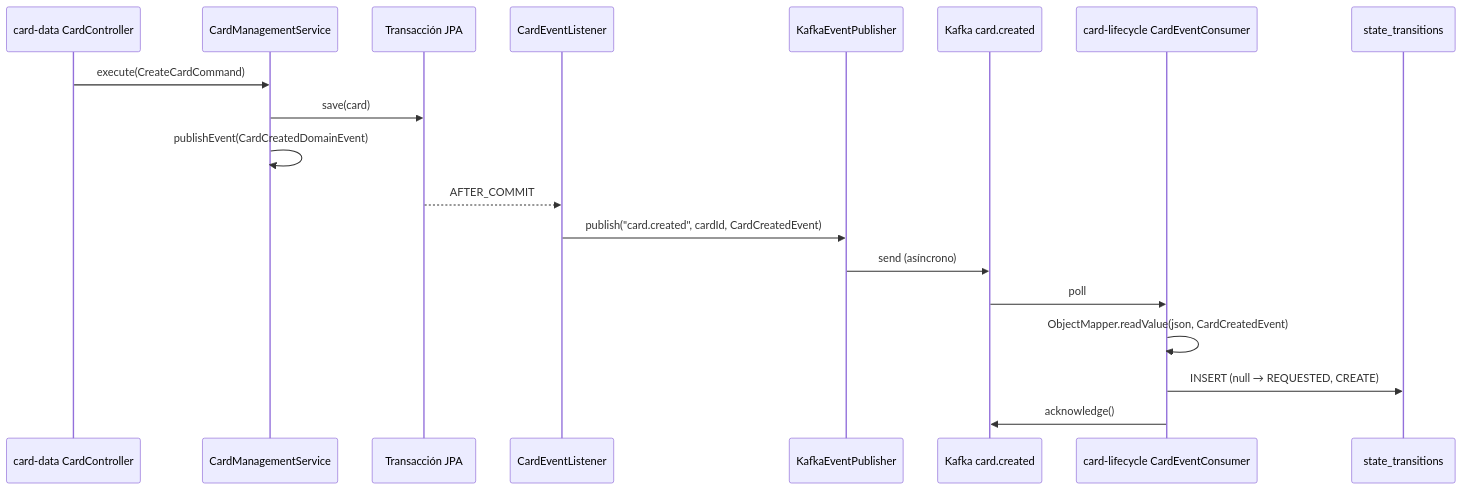
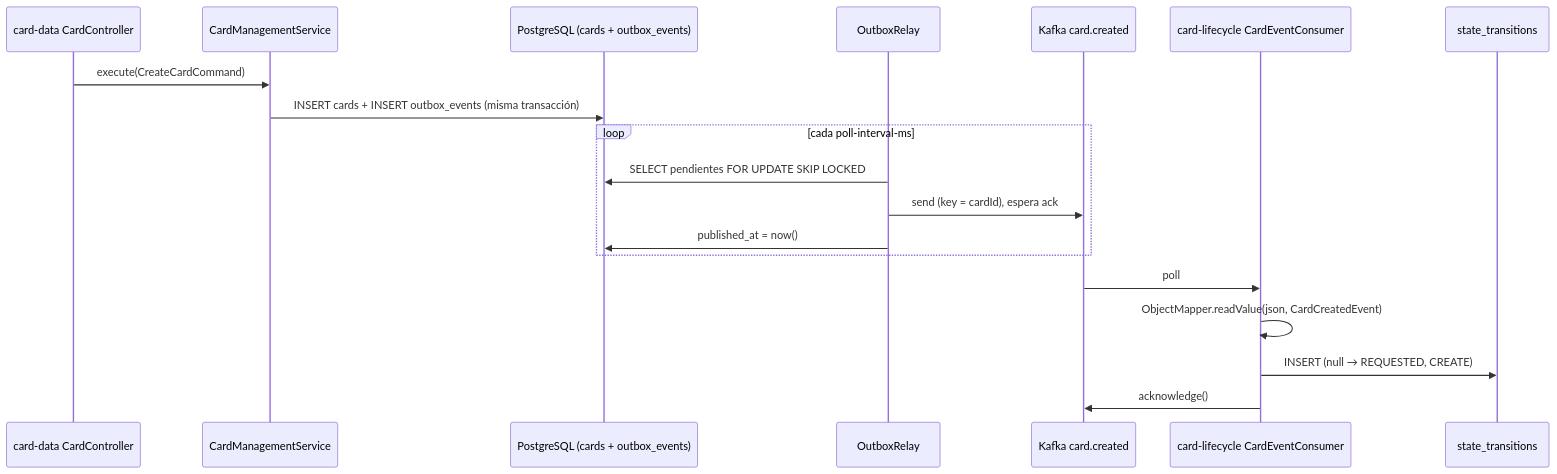
The second of 2 diagrams in docs/technical/EVENTS.md (creditcard-managment/card-managment-service), drawn with Mermaid before and after one commit. The commit also changed other lines of this file and 4 other files, not shown here.

````diff
--- a/docs/technical/EVENTS.md
+++ b/docs/technical/EVENTS.md
@@ -162,22 +162,22 @@
 ```mermaid
 sequenceDiagram
     participant API as card-data CardController
     participant S as CardManagementService
-    participant TX as Transacción JPA
-    participant L as CardEventListener
-    participant P as KafkaEventPublisher
+    participant DB as PostgreSQL (cards + outbox_events)
+    participant O as OutboxRelay
     participant K as Kafka card.created
     participant C as card-lifecycle CardEventConsumer
-    participant DB as state_transitions
+    participant H as state_transitions
 
     API->>S: execute(CreateCardCommand)
-    S->>TX: save(card)
-    S->>S: publishEvent(CardCreatedDomainEvent)
-    TX-->>L: AFTER_COMMIT
-    L->>P: publish("card.created", cardId, CardCreatedEvent)
-    P->>K: send (asíncrono)
+    S->>DB: INSERT cards + INSERT outbox_events (misma transacción)
+    loop cada poll-interval-ms
+        O->>DB: SELECT pendientes FOR UPDATE SKIP LOCKED
+        O->>K: send (key = cardId), espera ack
+        O->>DB: published_at = now()
+    end
     K->>C: poll
     C->>C: ObjectMapper.readValue(json, CardCreatedEvent)
-    C->>DB: INSERT (null → REQUESTED, CREATE)
+    C->>H: INSERT (null → REQUESTED, CREATE)
     C->>K: acknowledge()
 ```
````
